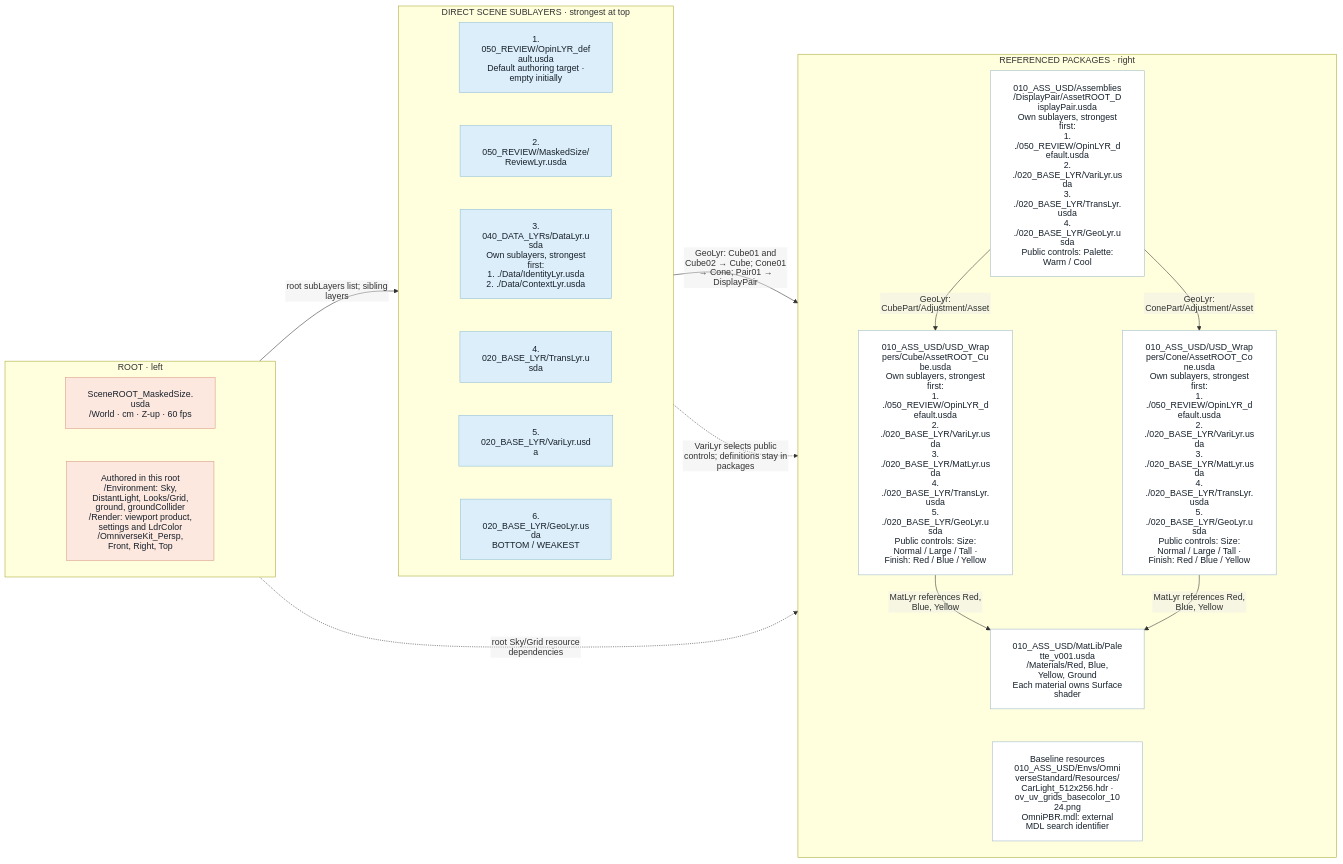
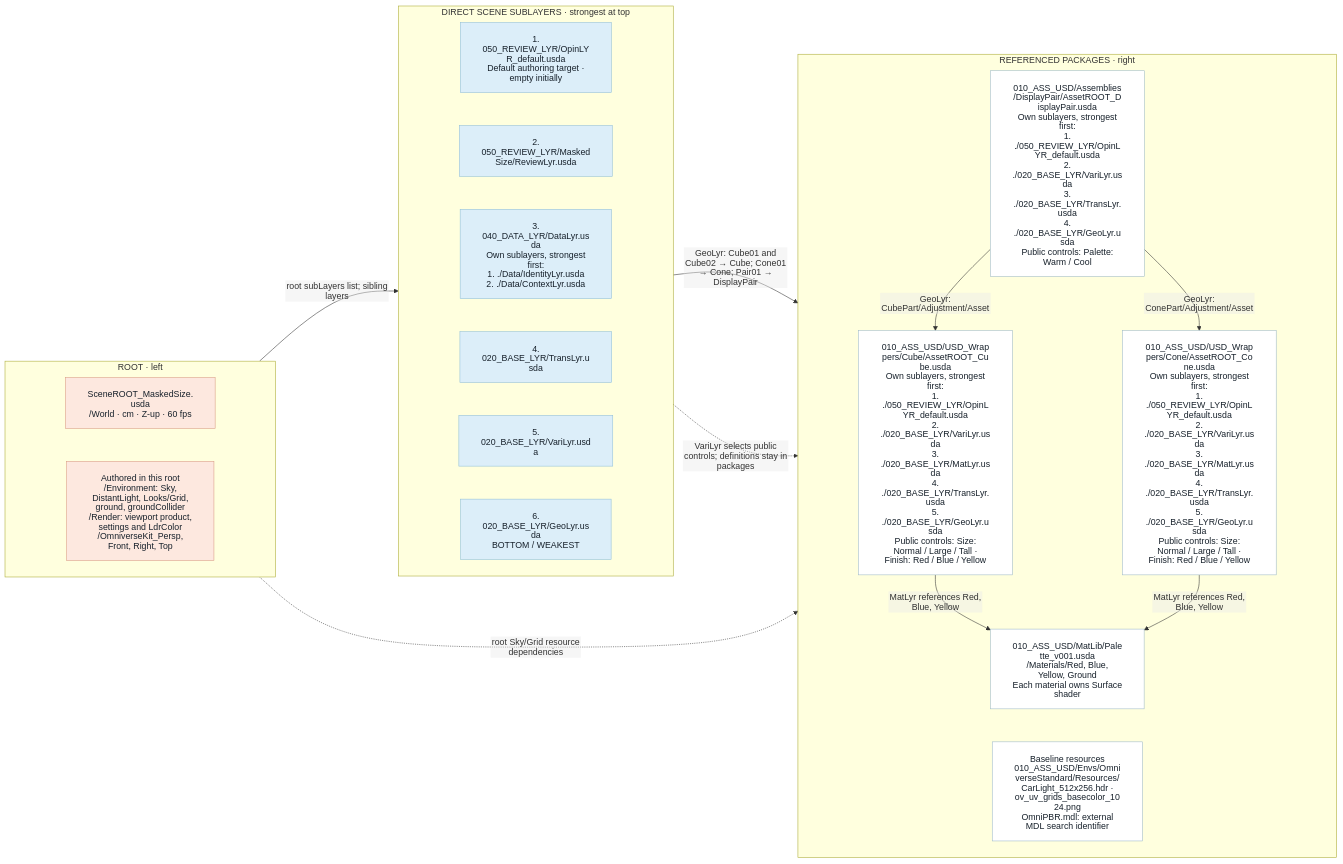
The seventh of 15 diagrams in examples/01_LayeredScene/README.md (jph2/OpenUSD_GoodStart_CompositionContract), drawn with Mermaid before and after one commit. The commit also changed other lines of this file and 149 other files, not shown here.

````diff
--- a/examples/01_LayeredScene/README.md
+++ b/examples/01_LayeredScene/README.md
@@ -680,47 +636,47 @@
 ```mermaid
 %%{init: {"htmlLabels": false, "themeVariables": {"fontFamily": "Arial, sans-serif"}, "flowchart": {"htmlLabels": false, "padding": 20, "nodeSpacing": 200, "rankSpacing": 35, "diagramPadding": 20}}}%%
 flowchart LR
     subgraph ENTRY["ROOT · left"]
         direction TB
         R["SceneROOT_MaskedSize.usda<br/>/World · cm · Z-up · 60 fps"]
         B["Authored in this root<br/>/Environment: Sky, DistantLight, Looks/Grid, ground, groundCollider<br/>/Render: viewport product, settings and LdrColor<br/>/OmniverseKit_Persp, Front, Right, Top"]
         R ~~~ B
     end
     subgraph STACK["DIRECT SCENE SUBLAYERS · strongest at top"]
         direction TB
-        L0["1. 050_REVIEW/OpinLYR_default.usda<br/>Default authoring target · empty initially"]
-        L1["2. 050_REVIEW/MaskedSize/ReviewLyr.usda"]
+        L0["1. 050_REVIEW_LYR/OpinLYR_default.usda<br/>Default authoring target · empty initially"]
+        L1["2. 050_REVIEW_LYR/MaskedSize/ReviewLyr.usda"]
         L0 ~~~ L1
-        L2["3. 040_DATA_LYRs/DataLyr.usda<br/>Own sublayers, strongest first:<br/>1. ./Data/IdentityLyr.usda<br/>2. ./Data/ContextLyr.usda"]
+        L2["3. 040_DATA_LYR/DataLyr.usda<br/>Own sublayers, strongest first:<br/>1. ./Data/IdentityLyr.usda<br/>2. ./Data/ContextLyr.usda"]
         L1 ~~~ L2
         L3["4. 020_BASE_LYR/TransLyr.usda"]
         L2 ~~~ L3
         L4["5. 020_BASE_LYR/VariLyr.usda"]
         L3 ~~~ L4
         L5["6. 020_BASE_LYR/GeoLyr.usda<br/>BOTTOM / WEAKEST"]
         L4 ~~~ L5
     end
     subgraph SOURCES["REFERENCED PACKAGES · right"]
         direction TB
-        PAIR["010_ASS_USD/Assemblies/DisplayPair/AssetROOT_DisplayPair.usda<br/>Own sublayers, strongest first:<br/>1. ./050_REVIEW/OpinLYR_default.usda<br/>2. ./020_BASE_LYR/VariLyr.usda<br/>3. ./020_BASE_LYR/TransLyr.usda<br/>4. ./020_BASE_LYR/GeoLyr.usda<br/>Public controls: Palette: Warm / Cool"]
-        CUBE["010_ASS_USD/USD_Wrappers/Cube/AssetROOT_Cube.usda<br/>Own sublayers, strongest first:<br/>1. ./050_REVIEW/OpinLYR_default.usda<br/>2. ./020_BASE_LYR/VariLyr.usda<br/>3. ./020_BASE_LYR/MatLyr.usda<br/>4. ./020_BASE_LYR/TransLyr.usda<br/>5. ./020_BASE_LYR/GeoLyr.usda<br/>Public controls: Size: Normal / Large / Tall · Finish: Red / Blue / Yellow"]
-        CONE["010_ASS_USD/USD_Wrappers/Cone/AssetROOT_Cone.usda<br/>Own sublayers, strongest first:<br/>1. ./050_REVIEW/OpinLYR_default.usda<br/>2. ./020_BASE_LYR/VariLyr.usda<br/>3. ./020_BASE_LYR/MatLyr.usda<br/>4. ./020_BASE_LYR/TransLyr.usda<br/>5. ./020_BASE_LYR/GeoLyr.usda<br/>Public controls: Size: Normal / Large / Tall · Finish: Red / Blue / Yellow"]
+        PAIR["010_ASS_USD/Assemblies/DisplayPair/AssetROOT_DisplayPair.usda<br/>Own sublayers, strongest first:<br/>1. ./050_REVIEW_LYR/OpinLYR_default.usda<br/>2. ./020_BASE_LYR/VariLyr.usda<br/>3. ./020_BASE_LYR/TransLyr.usda<br/>4. ./020_BASE_LYR/GeoLyr.usda<br/>Public controls: Palette: Warm / Cool"]
+        CUBE["010_ASS_USD/USD_Wrappers/Cube/AssetROOT_Cube.usda<br/>Own sublayers, strongest first:<br/>1. ./050_REVIEW_LYR/OpinLYR_default.usda<br/>2. ./020_BASE_LYR/VariLyr.usda<br/>3. ./020_BASE_LYR/MatLyr.usda<br/>4. ./020_BASE_LYR/TransLyr.usda<br/>5. ./020_BASE_LYR/GeoLyr.usda<br/>Public controls: Size: Normal / Large / Tall · Finish: Red / Blue / Yellow"]
+        CONE["010_ASS_USD/USD_Wrappers/Cone/AssetROOT_Cone.usda<br/>Own sublayers, strongest first:<br/>1. ./050_REVIEW_LYR/OpinLYR_default.usda<br/>2. ./020_BASE_LYR/VariLyr.usda<br/>3. ./020_BASE_LYR/MatLyr.usda<br/>4. ./020_BASE_LYR/TransLyr.usda<br/>5. ./020_BASE_LYR/GeoLyr.usda<br/>Public controls: Size: Normal / Large / Tall · Finish: Red / Blue / Yellow"]
         MAT["010_ASS_USD/MatLib/Palette_v001.usda<br/>/Materials/Red, Blue, Yellow, Ground<br/>Each material owns Surface shader"]
         RES["Baseline resources<br/>010_ASS_USD/Envs/OmniverseStandard/Resources/<br/>CarLight_512x256.hdr · ov_uv_grids_basecolor_1024.png<br/>OmniPBR.mdl: external MDL search identifier"]
         PAIR -->|"GeoLyr: CubePart/Adjustment/Asset"| CUBE
         PAIR -->|"GeoLyr: ConePart/Adjustment/Asset"| CONE
         CUBE -->|"MatLyr references Red, Blue, Yellow"| MAT
         CONE -->|"MatLyr references Red, Blue, Yellow"| MAT
         MAT ~~~ RES
     end
     ENTRY -->|"root subLayers list; sibling layers"| STACK
     STACK -->|"GeoLyr: Cube01 and Cube02 → Cube; Cone01 → Cone; Pair01 → DisplayPair"| SOURCES
     STACK -.->|"VariLyr selects public controls; definitions stay in packages"| SOURCES
     ENTRY -.->|"root Sky/Grid resource dependencies"| SOURCES
     classDef ccRoot fill:#fde8df,stroke:#d99b84,color:#17212b
     classDef layer fill:#dceef9,stroke:#91bfd8,color:#17212b
     classDef asset fill:#ffffff,stroke:#9db9c8,color:#17212b
     class R,B ccRoot
     class L0,L1,L2,L3,L4,L5 layer
     class PAIR,CUBE,CONE,MAT,RES asset
 ```
````
